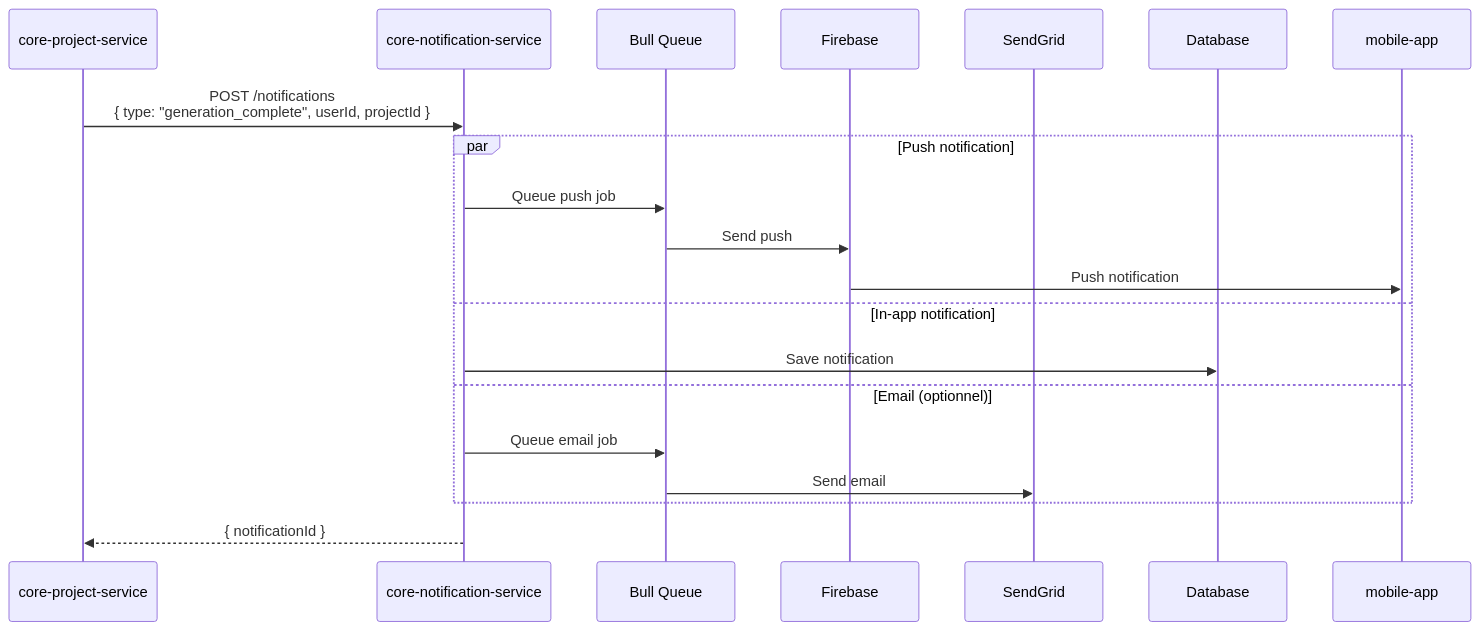
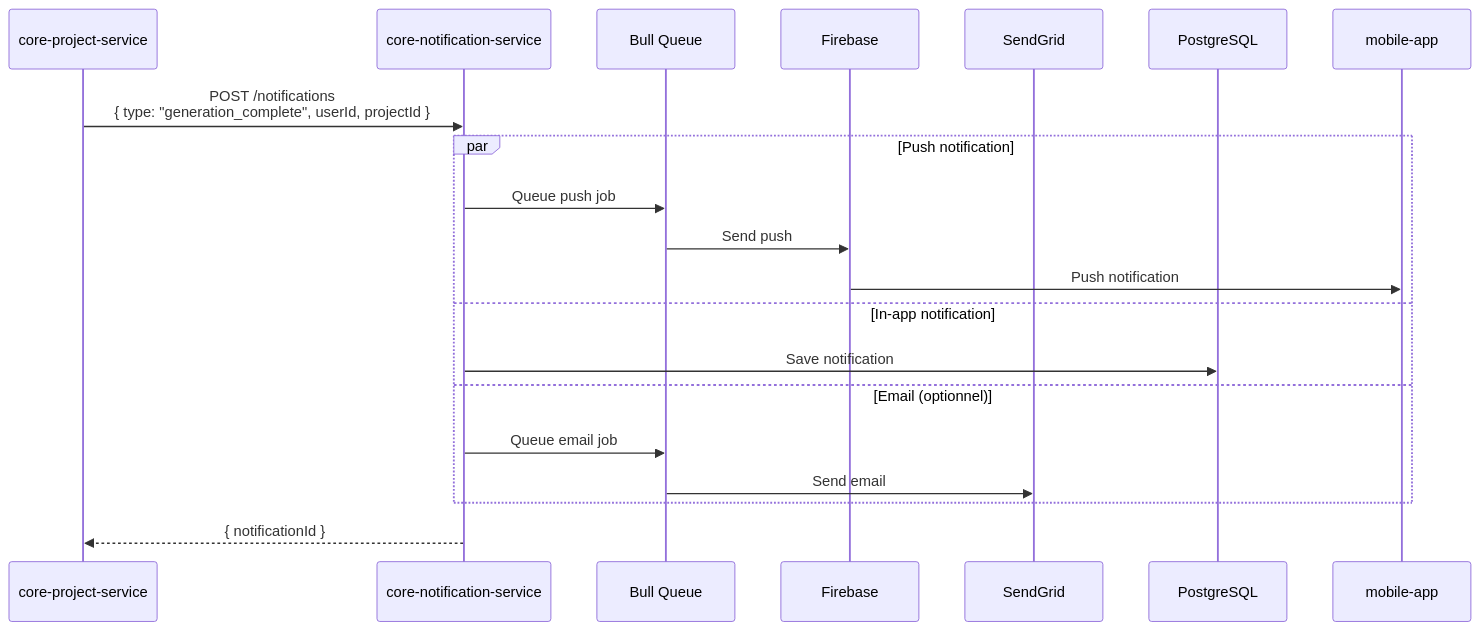
The fourth of 4 diagrams in microservices/core-notification-service.md (VisioBook-ESP/docs-architecture), drawn with Mermaid before and after one commit. The commit also changed other lines of this file and 15 other files, not shown here.

````diff
--- a/microservices/core-notification-service.md
+++ b/microservices/core-notification-service.md
@@ -196,25 +196,25 @@
 ```mermaid
 sequenceDiagram
     participant PS as core-project-service
     participant NS as core-notification-service
     participant BULL as Bull Queue
     participant FCM as Firebase
     participant SENDGRID as SendGrid
-    participant DB as Database
+    participant PG as PostgreSQL
     participant APP as mobile-app
 
     PS->>NS: POST /notifications<br/>{ type: "generation_complete", userId, projectId }
 
     par Push notification
         NS->>BULL: Queue push job
         BULL->>FCM: Send push
         FCM->>APP: Push notification
     and In-app notification
-        NS->>DB: Save notification
+        NS->>PG: Save notification
     and Email (optionnel)
         NS->>BULL: Queue email job
         BULL->>SENDGRID: Send email
     end
 
     NS-->>PS: { notificationId }
 ```
````
